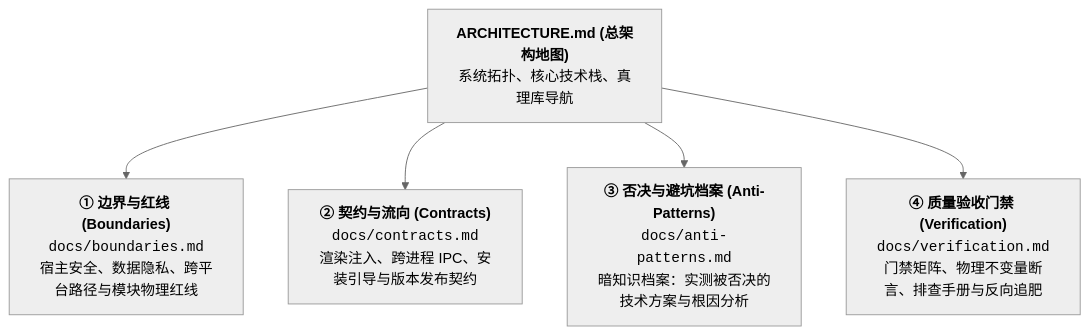
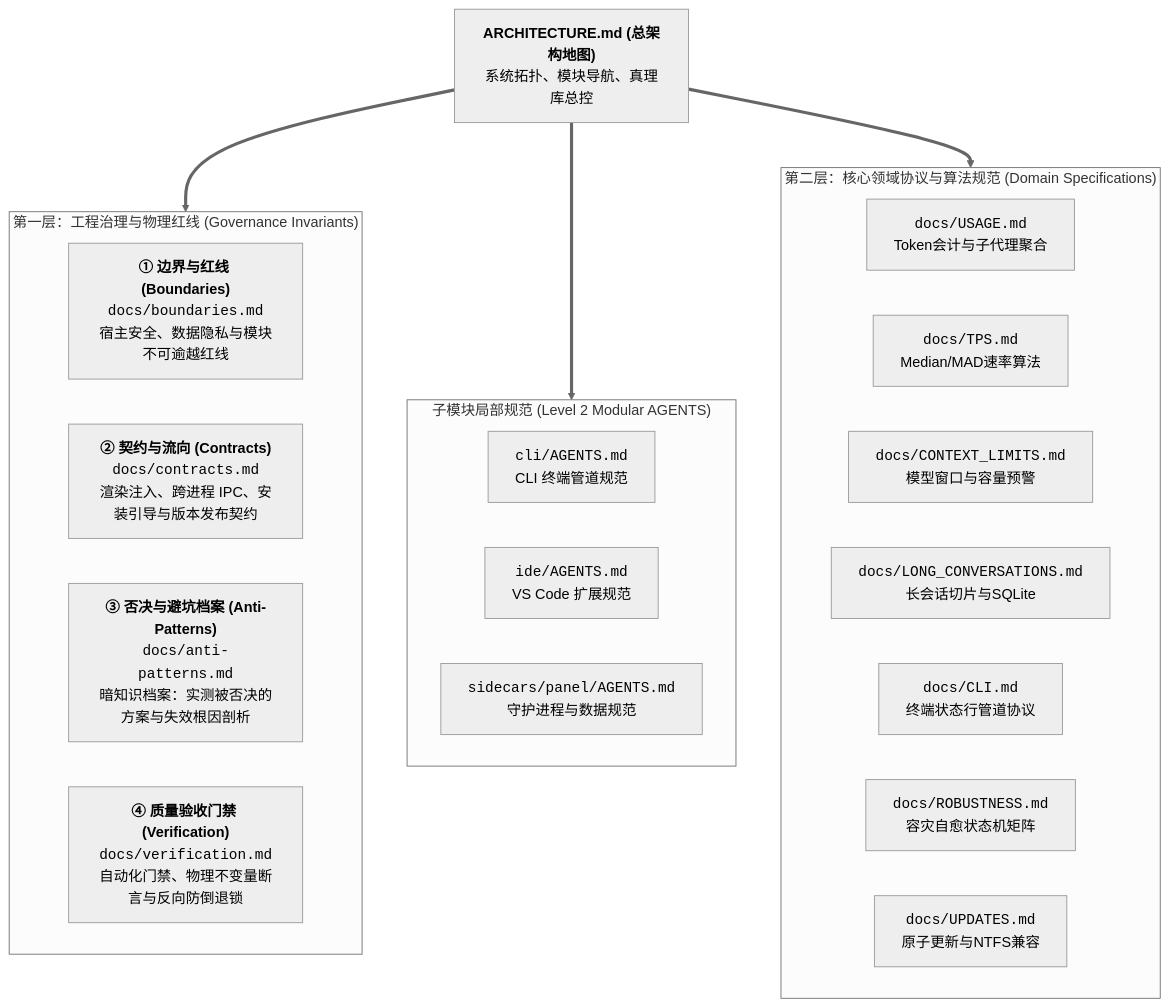
Before and after one commit to moumouye/antigrative-dashboard: the first of 2 diagrams in ARCHITECTURE.md, drawn with Mermaid (neutral theme). The commit also changed other lines of this file and 26 other files, not shown here.

First line of the commit message:
refactor(core): unify usage dashboard, stabilize CI, and establish Level 2 modular AI truth libraries

````diff
--- a/ARCHITECTURE.md
+++ b/ARCHITECTURE.md
@@ -12,14 +12,31 @@
 ```mermaid
 flowchart TD
-    Hub["<b>ARCHITECTURE.md (总架构地图)</b><br/>系统拓扑、核心技术栈、真理库导航"]
+    Hub["<b>ARCHITECTURE.md (总架构地图)</b><br/>系统拓扑、模块导航、真理库总控"]
 
-    Doc1["<b>① 边界与红线 (Boundaries)</b><br/><code>docs/boundaries.md</code><br/>宿主安全、数据隐私、跨平台路径与模块物理红线"]
-    Doc2["<b>② 契约与流向 (Contracts)</b><br/><code>docs/contracts.md</code><br/>渲染注入、跨进程 IPC、安装引导与版本发布契约"]
-    Doc3["<b>③ 否决与避坑档案 (Anti-Patterns)</b><br/><code>docs/anti-patterns.md</code><br/>暗知识档案：实测被否决的技术方案与根因分析"]
-    Doc4["<b>④ 质量验收门禁 (Verification)</b><br/><code>docs/verification.md</code><br/>门禁矩阵、物理不变量断言、排查手册与反向追肥"]
+    subgraph Layer1 ["第一层：工程治理与物理红线 (Governance Invariants)"]
+        Doc1["<b>① 边界与红线 (Boundaries)</b><br/><code>docs/boundaries.md</code><br/>宿主安全、数据隐私与模块不可逾越红线"]
+        Doc2["<b>② 契约与流向 (Contracts)</b><br/><code>docs/contracts.md</code><br/>渲染注入、跨进程 IPC、安装引导与版本发布契约"]
+        Doc3["<b>③ 否决与避坑档案 (Anti-Patterns)</b><br/><code>docs/anti-patterns.md</code><br/>暗知识档案：实测被否决的方案与失效根因剖析"]
+        Doc4["<b>④ 质量验收门禁 (Verification)</b><br/><code>docs/verification.md</code><br/>自动化门禁、物理不变量断言与反向防倒退锁"]
+    end
 
-    Hub --> Doc1
-    Hub --> Doc2
-    Hub --> Doc3
-    Hub --> Doc4
+    subgraph Level2 ["子模块局部规范 (Level 2 Modular AGENTS)"]
+        M1["<code>cli/AGENTS.md</code><br/>CLI 终端管道规范"]
+        M2["<code>ide/AGENTS.md</code><br/>VS Code 扩展规范"]
+        M3["<code>sidecars/panel/AGENTS.md</code><br/>守护进程与数据规范"]
+    end
+
+    subgraph Layer2 ["第二层：核心领域协议与算法规范 (Domain Specifications)"]
+        S1["<code>docs/USAGE.md</code><br/>Token会计与子代理聚合"]
+        S2["<code>docs/TPS.md</code><br/>Median/MAD速率算法"]
+        S3["<code>docs/CONTEXT_LIMITS.md</code><br/>模型窗口与容量预警"]
+        S4["<code>docs/LONG_CONVERSATIONS.md</code><br/>长会话切片与SQLite"]
+        S5["<code>docs/CLI.md</code><br/>终端状态行管道协议"]
+        S6["<code>docs/ROBUSTNESS.md</code><br/>容灾自愈状态机矩阵"]
+        S7["<code>docs/UPDATES.md</code><br/>原子更新与NTFS兼容"]
+    end
+
+    Hub ==> Layer1
+    Hub ==> Level2
+    Hub ==> Layer2
 ```
````
